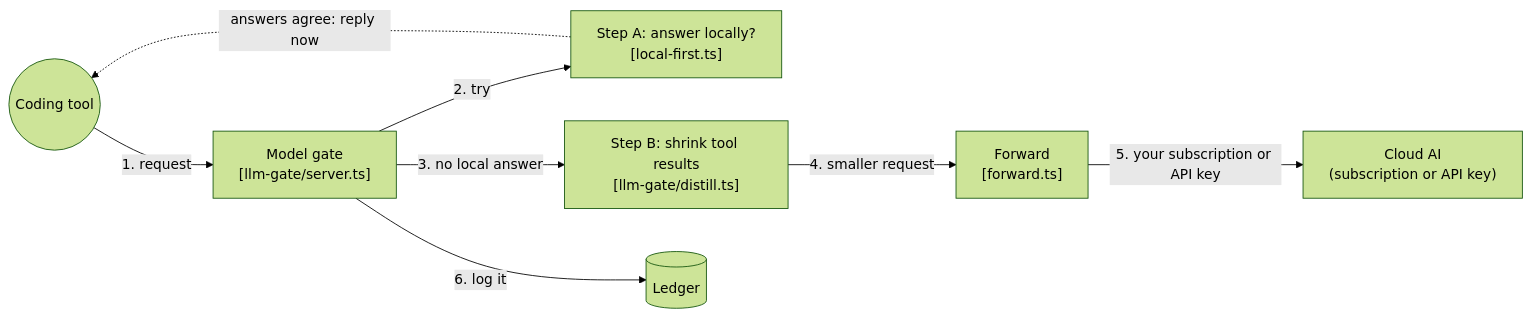
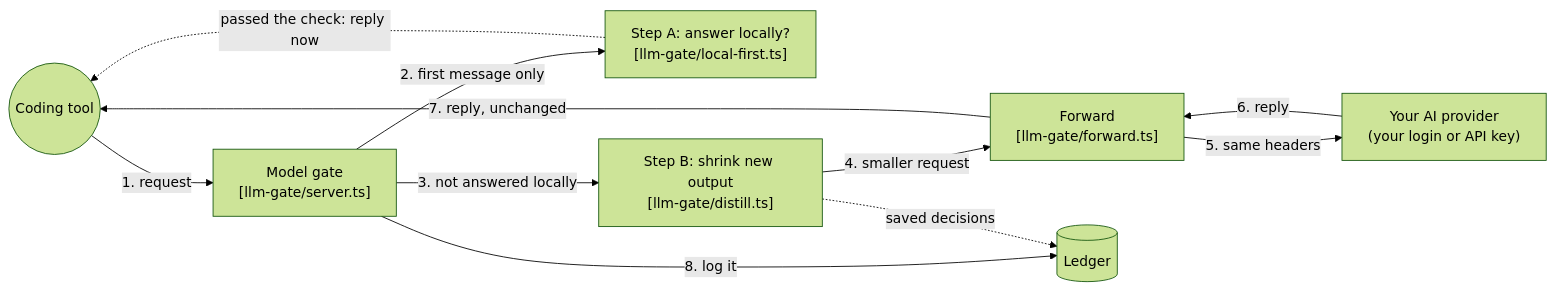
Before and after one commit to zenithfoundry/slm-gate: the third of 5 diagrams in README.md, drawn with Mermaid (forest theme). The commit also changed other lines of this file, not shown here.

Commit message:
feat(docs): update README to clarify MCP and model gate functionalities

````diff
--- a/README.md
+++ b/README.md
@@ -150,18 +163,21 @@
 ```mermaid
 flowchart LR
   tool(("Coding tool"))
   server["Model gate<br/>[llm-gate/server.ts]"]
-  stepA["Step A: answer locally?<br/>[local-first.ts]"]
-  stepB["Step B: shrink tool results<br/>[llm-gate/distill.ts]"]
-  fwd["Forward<br/>[forward.ts]"]
-  cloud["Cloud AI<br/>(subscription or API key)"]
+  stepA["Step A: answer locally?<br/>[llm-gate/local-first.ts]"]
+  stepB["Step B: shrink new output<br/>[llm-gate/distill.ts]"]
+  fwd["Forward<br/>[llm-gate/forward.ts]"]
+  cloud["Your AI provider<br/>(your login or API key)"]
   ledger[("Ledger")]
 
   tool -->|"1. request"| server
-  server -->|"2. try"| stepA
-  stepA -.->|"answers agree: reply now"| tool
-  server -->|"3. no local answer"| stepB
+  server -->|"2. first message only"| stepA
+  stepA -.->|"passed the check: reply now"| tool
+  server -->|"3. not answered locally"| stepB
   stepB -->|"4. smaller request"| fwd
-  fwd -->|"5. your subscription or API key"| cloud
-  server -->|"6. log it"| ledger
+  fwd -->|"5. same headers"| cloud
+  cloud -->|"6. reply"| fwd
+  fwd -->|"7. reply, unchanged"| tool
+  server -->|"8. log it"| ledger
+  stepB -.->|"saved decisions"| ledger
 ```
````
